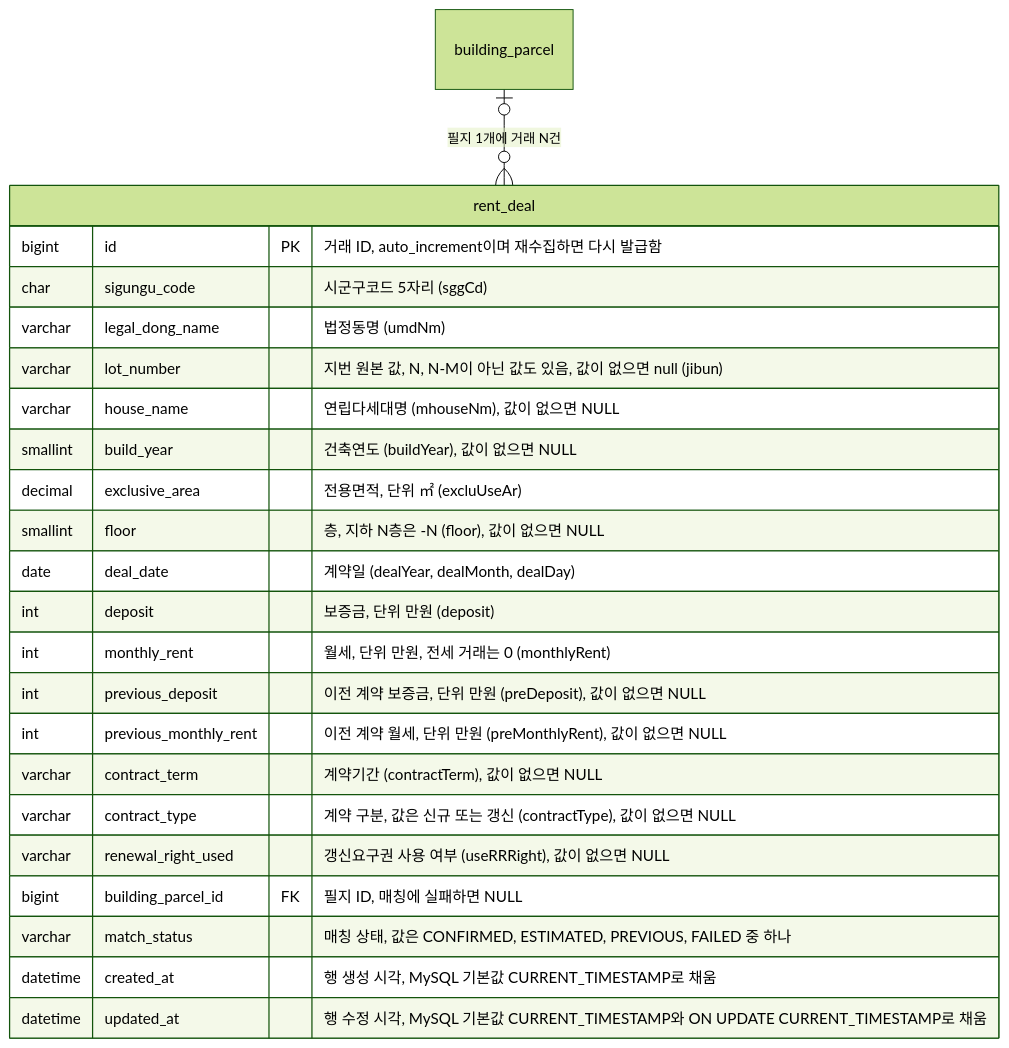
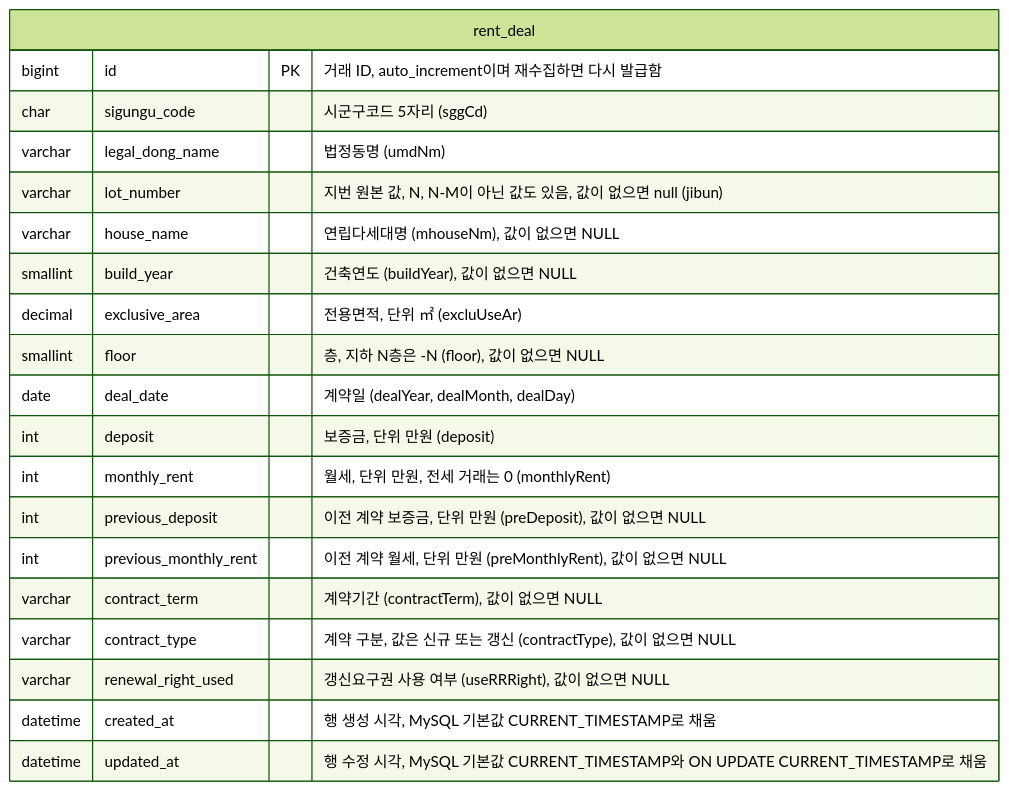
Before and after one commit to f-lab-edu/jipsee: the second of 4 diagrams in docs/erd.md, drawn with Mermaid (forest theme). The commit also changed other lines of this file, not shown here.

Commit message:
docs: erd.md 수정 > 1단계 외 테이블 삭제, 거래 묶음과 인덱스 추가

````diff
--- a/docs/erd.md
+++ b/docs/erd.md
@@ -188,26 +35,23 @@
 ```mermaid
 erDiagram
-    building_parcel |o--o{ rent_deal : "필지 1개에 거래 N건"
     rent_deal {
         bigint id PK "거래 ID, auto_increment이며 재수집하면 다시 발급함"
         char sigungu_code "시군구코드 5자리 (sggCd)"
         varchar legal_dong_name "법정동명 (umdNm)"
         varchar lot_number "지번 원본 값, N, N-M이 아닌 값도 있음, 값이 없으면 null (jibun)"
         varchar house_name "연립다세대명 (mhouseNm), 값이 없으면 NULL"
         smallint build_year "건축연도 (buildYear), 값이 없으면 NULL"
         decimal exclusive_area "전용면적, 단위 ㎡ (excluUseAr)"
         smallint floor "층, 지하 N층은 -N (floor), 값이 없으면 NULL"
         date deal_date "계약일 (dealYear, dealMonth, dealDay)"
         int deposit "보증금, 단위 만원 (deposit)"
         int monthly_rent "월세, 단위 만원, 전세 거래는 0 (monthlyRent)"
         int previous_deposit "이전 계약 보증금, 단위 만원 (preDeposit), 값이 없으면 NULL"
         int previous_monthly_rent "이전 계약 월세, 단위 만원 (preMonthlyRent), 값이 없으면 NULL"
         varchar contract_term "계약기간 (contractTerm), 값이 없으면 NULL"
         varchar contract_type "계약 구분, 값은 신규 또는 갱신 (contractType), 값이 없으면 NULL"
         varchar renewal_right_used "갱신요구권 사용 여부 (useRRRight), 값이 없으면 NULL"
-        bigint building_parcel_id FK "필지 ID, 매칭에 실패하면 NULL"
-        varchar match_status "매칭 상태, 값은 CONFIRMED, ESTIMATED, PREVIOUS, FAILED 중 하나"
         datetime created_at "행 생성 시각, MySQL 기본값 CURRENT_TIMESTAMP로 채움"
         datetime updated_at "행 수정 시각, MySQL 기본값 CURRENT_TIMESTAMP와 ON UPDATE CURRENT_TIMESTAMP로 채움"
     }
 ```
````
